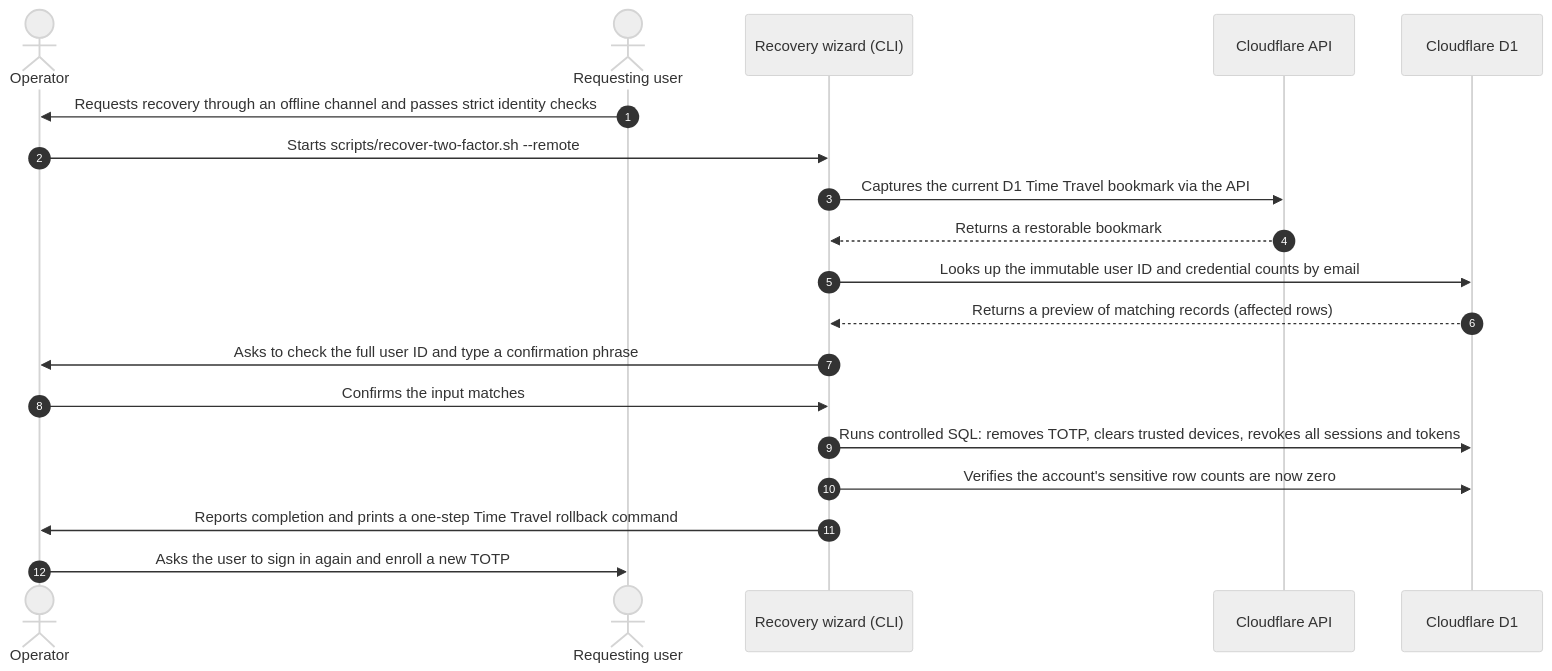
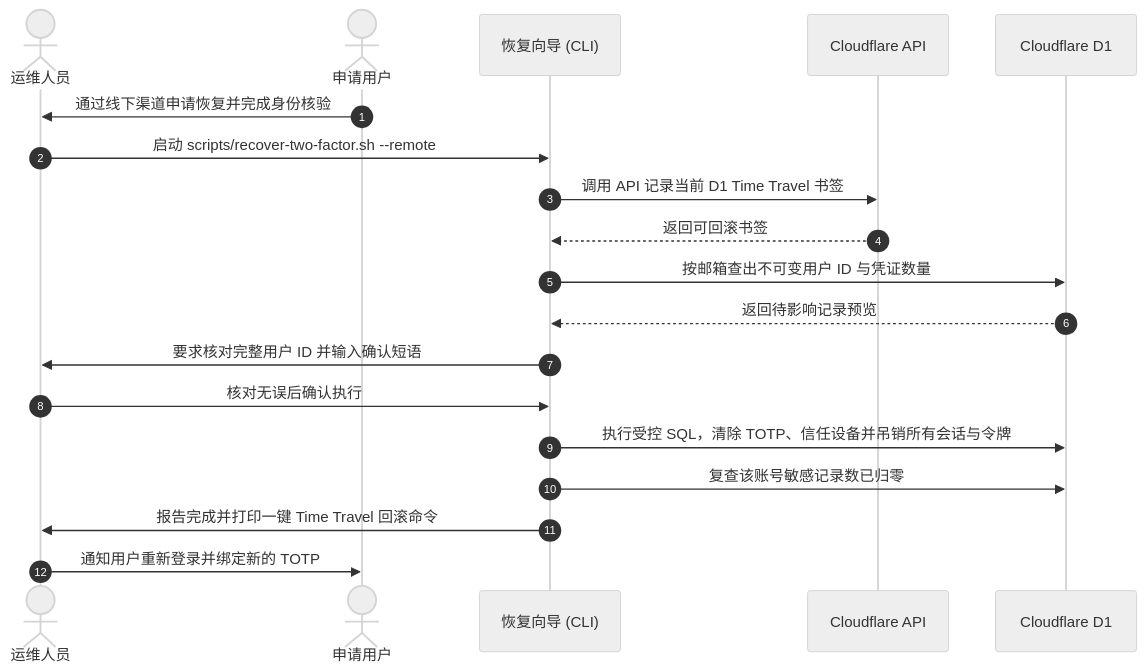
The third of 3 diagrams in src/content/posts/easy-auth.md (Jazee6/astro-blur), drawn with Mermaid (neutral theme) before and after one commit. The commit also changed other lines of this file and 18 other files, not shown here.

````diff
--- a/src/content/posts/easy-auth.md
+++ b/src/content/posts/easy-auth.md
@@ -353,22 +330,22 @@
 ```mermaid
 sequenceDiagram
     autonumber
-    actor Ops as Operator
-    actor User as Requesting user
-    participant Wizard as Recovery wizard (CLI)
+    actor Ops as 运维人员
+    actor User as 申请用户
+    participant Wizard as 恢复向导 (CLI)
     participant CF as Cloudflare API
     participant D1 as Cloudflare D1
 
-    User->>Ops: Requests recovery through an offline channel and passes strict identity checks
-    Ops->>Wizard: Starts scripts/recover-two-factor.sh --remote
-    Wizard->>CF: Captures the current D1 Time Travel bookmark via the API
-    CF-->>Wizard: Returns a restorable bookmark
-    Wizard->>D1: Looks up the immutable user ID and credential counts by email
-    D1-->>Wizard: Returns a preview of matching records (affected rows)
-    Wizard->>Ops: Asks to check the full user ID and type a confirmation phrase
-    Ops->>Wizard: Confirms the input matches
-    Wizard->>D1: Runs controlled SQL: removes TOTP, clears trusted devices, revokes all sessions and tokens
-    Wizard->>D1: Verifies the account's sensitive row counts are now zero
-    Wizard->>Ops: Reports completion and prints a one-step Time Travel rollback command
-    Ops->>User: Asks the user to sign in again and enroll a new TOTP
+    User->>Ops: 通过线下渠道申请恢复并完成身份核验
+    Ops->>Wizard: 启动 scripts/recover-two-factor.sh --remote
+    Wizard->>CF: 调用 API 记录当前 D1 Time Travel 书签
+    CF-->>Wizard: 返回可回滚书签
+    Wizard->>D1: 按邮箱查出不可变用户 ID 与凭证数量
+    D1-->>Wizard: 返回待影响记录预览
+    Wizard->>Ops: 要求核对完整用户 ID 并输入确认短语
+    Ops->>Wizard: 核对无误后确认执行
+    Wizard->>D1: 执行受控 SQL，清除 TOTP、信任设备并吊销所有会话与令牌
+    Wizard->>D1: 复查该账号敏感记录数已归零
+    Wizard->>Ops: 报告完成并打印一键 Time Travel 回滚命令
+    Ops->>User: 通知用户重新登录并绑定新的 TOTP
 ```
````
